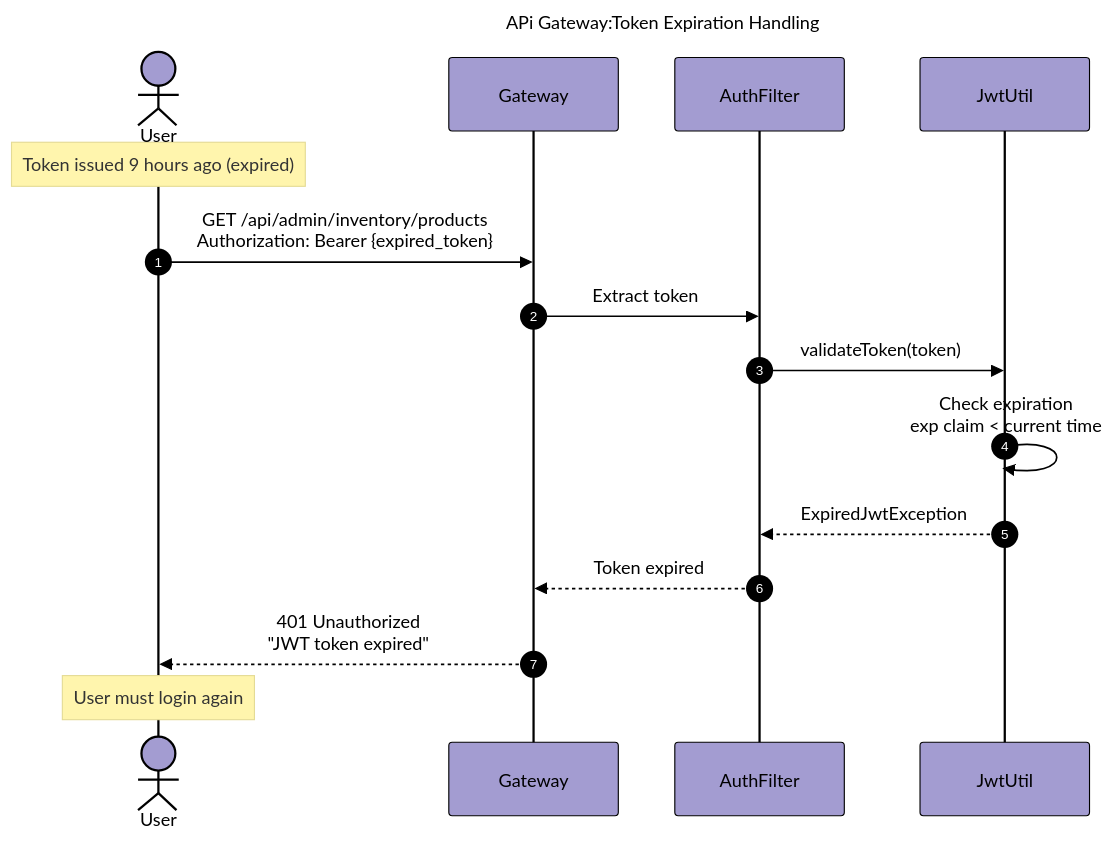
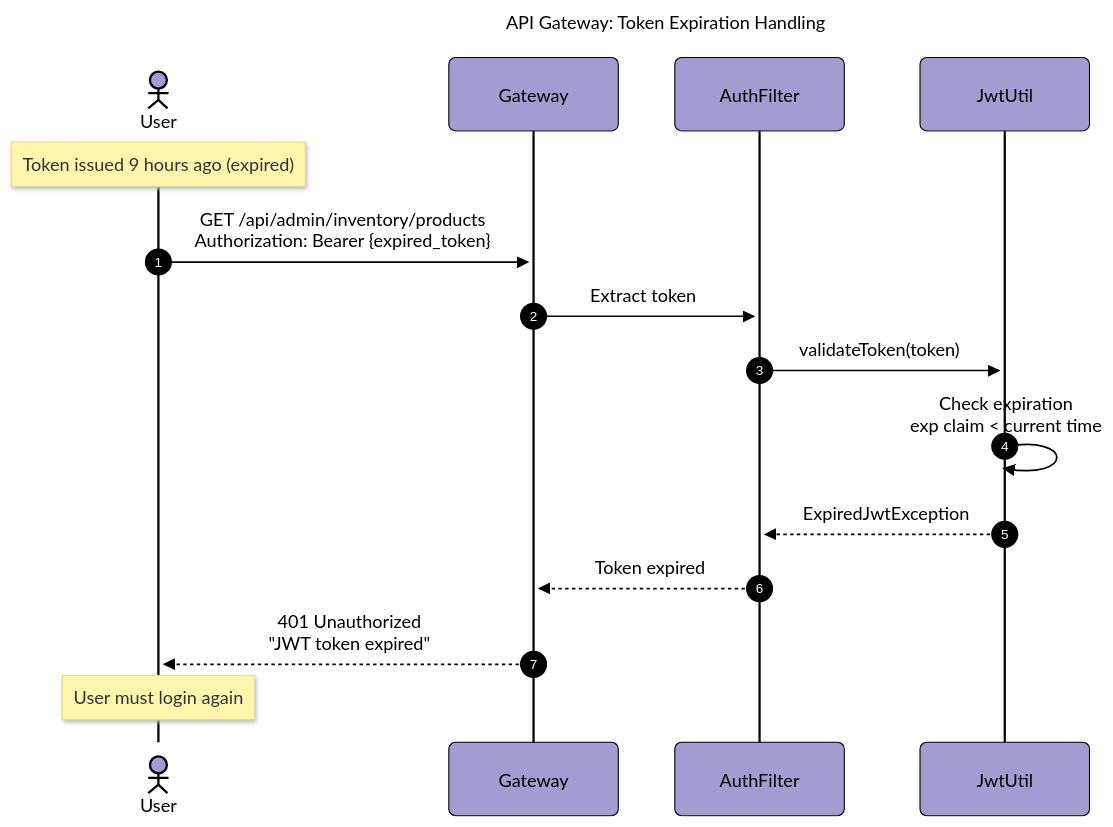
The seventh of 7 diagrams in Documentation/diagrams/api-gateway.md (BrunoGil-AS/Vending-Machine-Microservices), drawn with Mermaid before and after one commit. The commit also changed other lines of this file and 7 other files, not shown here.

Commit message:
docs: Update service diagrams with new configurations and titles

````diff
--- a/Documentation/diagrams/api-gateway.md
+++ b/Documentation/diagrams/api-gateway.md
@@ -415,36 +421,36 @@
 ```mermaid
 ---
-title: "APi Gateway:Token Expiration Handling"
-displayMode: compact
 config:
-  theme: 'base'
+  theme: base
   themeVariables:
     primaryColor: '#a39cd1ff'
     primaryTextColor: '#000000'
     secondaryTextColor: '#ffffffff'
     primaryBorderColor: '#000000'
     lineColor: '#000000ff'
     secondaryColor: '#90b590ff'
-    tertiaryColor: '#fff'
+    tertiaryColor: '#f9f6a1ff'
+  look: neo
+title: 'API Gateway: Token Expiration Handling'
 ---
 sequenceDiagram
     autonumber
     actor User
     participant Gateway
     participant AuthFilter
     participant JwtUtil
 
     Note over User: Token issued 9 hours ago (expired)
 
     User->>Gateway: GET /api/admin/inventory/products<br/>Authorization: Bearer {expired_token}
     Gateway->>AuthFilter: Extract token
 
     AuthFilter->>JwtUtil: validateToken(token)
     JwtUtil->>JwtUtil: Check expiration<br/>exp claim < current time
     JwtUtil-->>AuthFilter: ExpiredJwtException
 
     AuthFilter-->>Gateway: Token expired
     Gateway-->>User: 401 Unauthorized<br/>"JWT token expired"
 
     Note over User: User must login again
 ```
````
